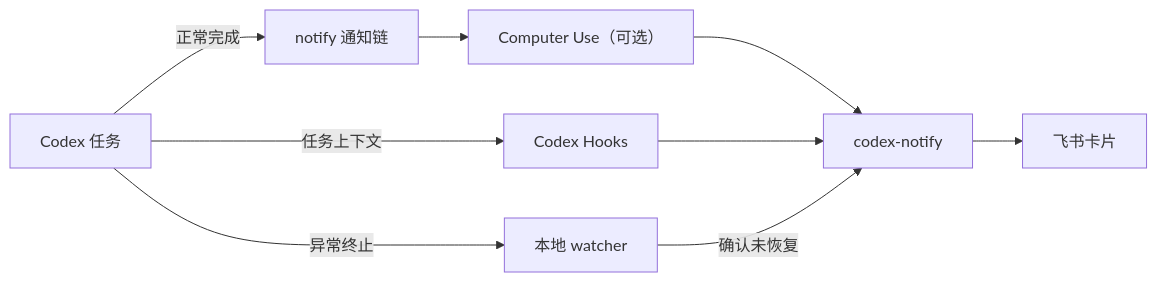
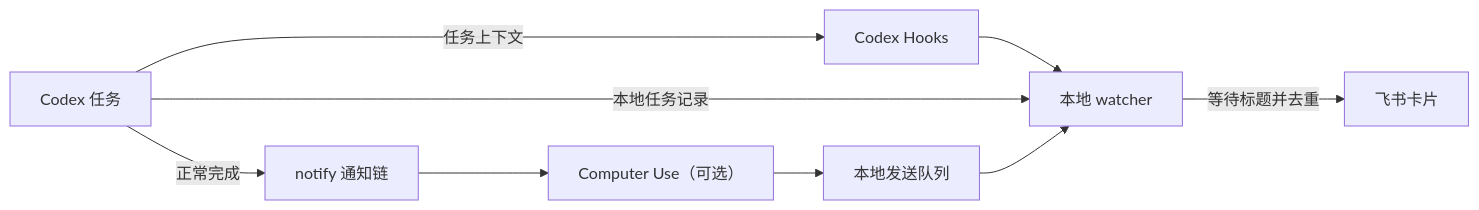
The diagram in docs/concepts/how-it-works.md (JunieXD/codex-notify), drawn with Mermaid before and after one commit. The commit also changed other lines of this file and 10 other files, not shown here.

````diff
--- a/docs/concepts/how-it-works.md
+++ b/docs/concepts/how-it-works.md
@@ -10,11 +10,11 @@
 ```mermaid
 flowchart LR
     A["Codex 任务"] -->|"正常完成"| B["notify 通知链"]
     B --> C["Computer Use（可选）"]
-    C --> D["codex-notify"]
+    C --> D["本地发送队列"]
     A -->|"任务上下文"| E["Codex Hooks"]
-    E --> D
-    A -->|"异常终止"| F["本地 watcher"]
-    F -->|"确认未恢复"| D
-    D --> G["飞书卡片"]
+    E --> F["本地 watcher"]
+    A -->|"本地任务记录"| F
+    D --> F
+    F -->|"等待标题并去重"| G["飞书卡片"]
 ```
````
